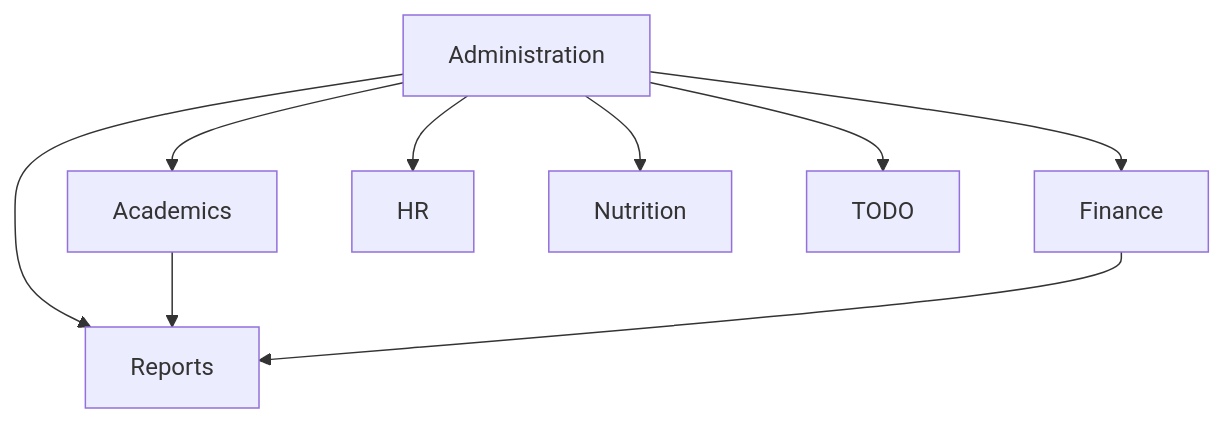
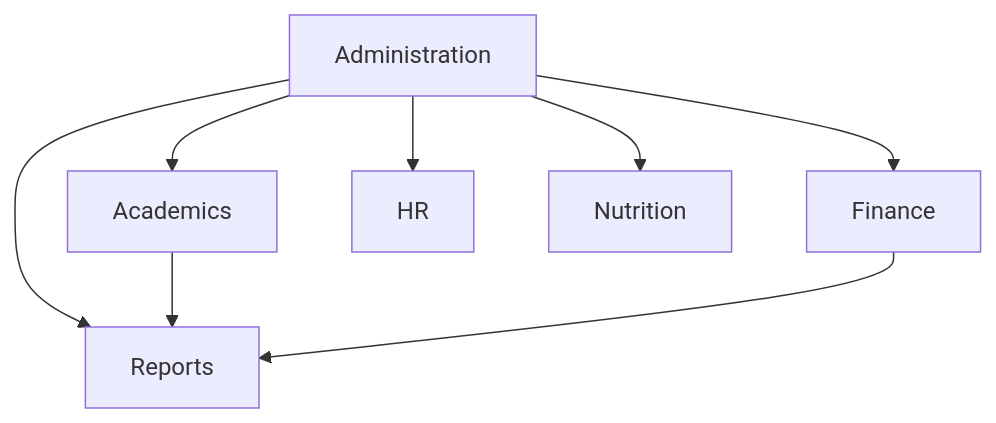
Before and after one commit to geniusdynamics/schoolpilot: the sixth of 8 diagrams in .qoder/repowiki/en/content/Modules System/Modules System.md, drawn with Mermaid. The commit also changed other lines of this file and 311 other files, not shown here.

````diff
--- a/.qoder/repowiki/en/content/Modules System/Modules System.md
+++ b/.qoder/repowiki/en/content/Modules System/Modules System.md
@@ -708,11 +379,10 @@
 ```mermaid
 graph TB
 A["Administration"] --> R["Reports"]
 AC["Academics"] --> R
 F["Finance"] --> R
 A --> AC
 A --> F
 A --> HR["HR"]
 A --> N["Nutrition"]
-A --> TODO["TODO"]
 ```
````
